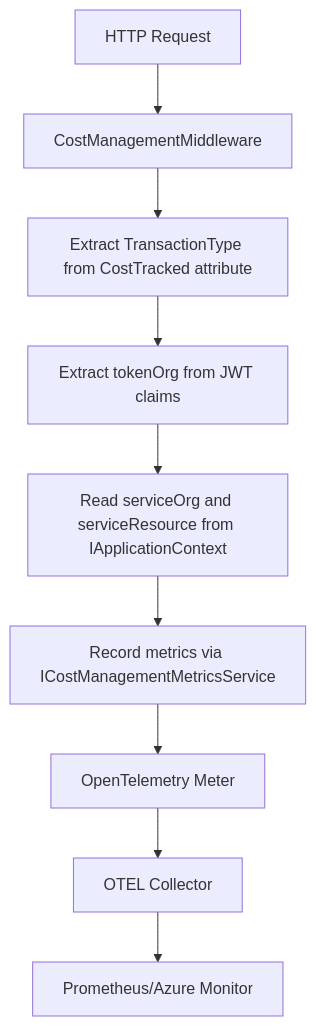
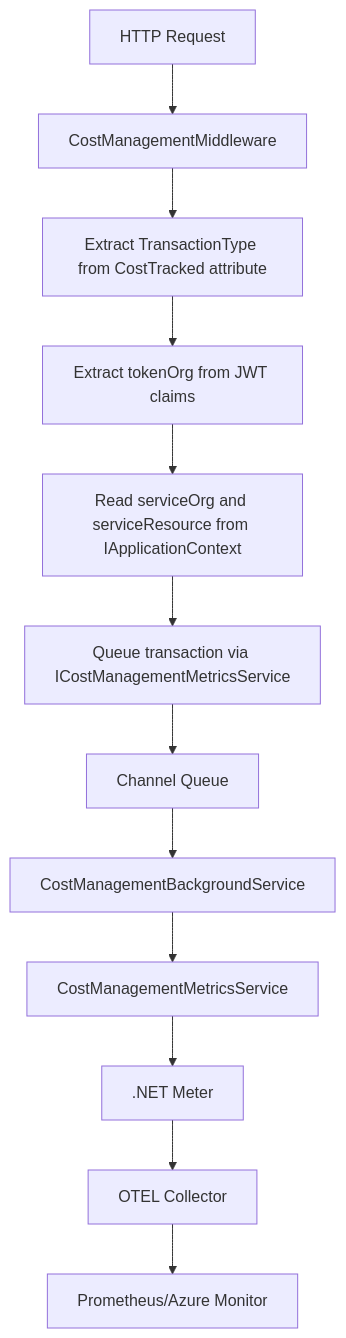
Before and after one commit to Altinn/dialogporten: the diagram in docs/CostManagementMetrics.md, drawn with Mermaid. The commit also changed other lines of this file and 12 other files, not shown here.

First line of the commit message:
refactor: make cost management system async with queue-based processing

````diff
--- a/docs/CostManagementMetrics.md
+++ b/docs/CostManagementMetrics.md
@@ -22,11 +28,14 @@
 ```mermaid
 flowchart TD
     A[HTTP Request] --> B[CostManagementMiddleware]
-    B --> C[Extract TransactionType from CostTracked attribute]
+    B --> C[Extract TransactionType from CostTracked attribute]  
     C --> D[Extract tokenOrg from JWT claims]
     D --> E[Read serviceOrg and serviceResource from IApplicationContext]
-    E --> F[Record metrics via ICostManagementMetricsService]
-    F --> G[OpenTelemetry Meter]
-    G --> H[OTEL Collector]
-    H --> I[Prometheus/Azure Monitor]
+    E --> F[Queue transaction via ICostManagementMetricsService]
+    F --> G[Channel Queue]
+    G --> H[CostManagementBackgroundService]
+    H --> I[CostManagementMetricsService]
+    I --> J[.NET Meter]
+    J --> K[OTEL Collector]
+    K --> L[Prometheus/Azure Monitor]
 ```
````
